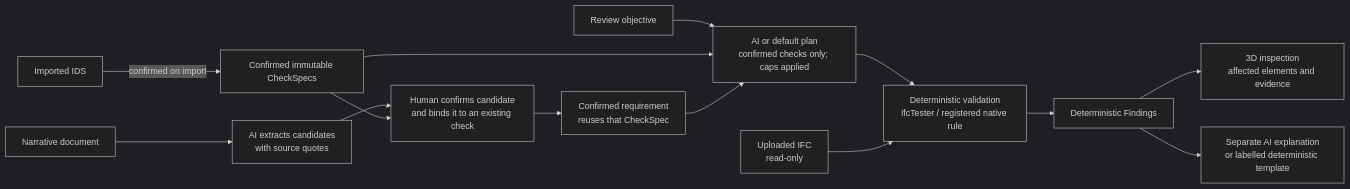
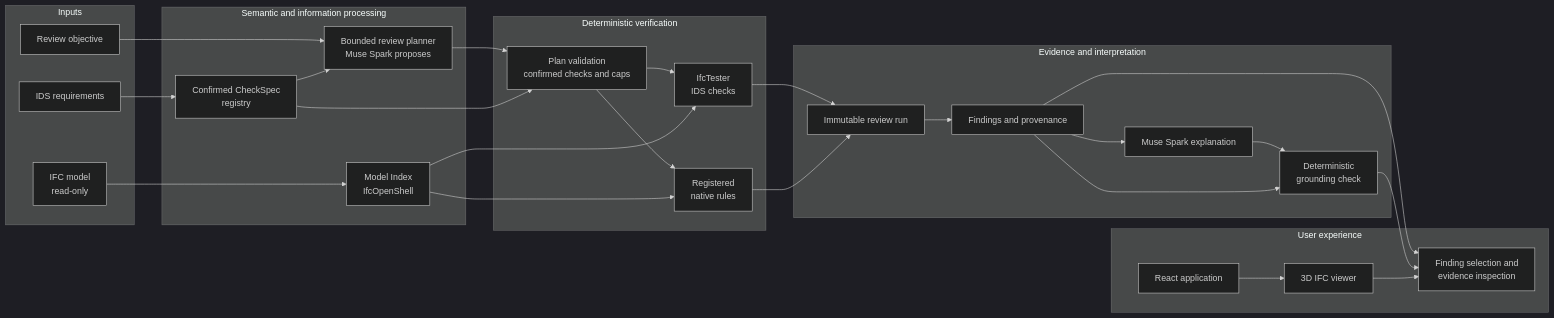
Before and after one commit to natnew/BIM-Intelligence: the diagram in README.md, drawn with Mermaid (dark theme). The commit also changed other lines of this file, not shown here.

````diff
--- a/README.md
+++ b/README.md
@@ -99,16 +102,54 @@
 ```mermaid
 flowchart LR
-    IDS["Imported IDS"] -->|confirmed on import| CHECKS["Confirmed immutable CheckSpecs"]
-    TEXT["Narrative document"] --> AI["AI extracts candidates<br/>with source quotes"]
-    AI --> HUMAN["Human confirms candidate<br/>and binds it to an existing check"]
-    CHECKS --> HUMAN
-    HUMAN --> BOUND["Confirmed requirement<br/>reuses that CheckSpec"]
-    OBJECTIVE["Review objective"] --> PLAN["AI or default plan<br/>confirmed checks only; caps applied"]
-    CHECKS --> PLAN
-    BOUND --> PLAN
-    PLAN --> VALIDATE["Deterministic validation<br/>IfcTester / registered native rule"]
-    IFC["Uploaded IFC<br/>read-only"] --> VALIDATE
-    VALIDATE --> FINDINGS["Deterministic Findings"]
-    FINDINGS --> VIEW["3D inspection<br/>affected elements and evidence"]
-    FINDINGS --> EXPLANATION["Separate AI explanation<br/>or labelled deterministic template"]
+    subgraph INPUTS["Inputs"]
+        IFC["IFC model<br/>read-only"]
+        IDS["IDS requirements"]
+        OBJ["Review objective"]
+    end
+
+    subgraph SEMANTIC["Semantic and information processing"]
+        IDX["Model Index<br/>IfcOpenShell"]
+        REG["Confirmed CheckSpec<br/>registry"]
+        PLAN["Bounded review planner<br/>Muse Spark proposes"]
+    end
+
+    subgraph VERIFY["Deterministic verification"]
+        FILTER["Plan validation<br/>confirmed checks and caps"]
+        TESTER["IfcTester<br/>IDS checks"]
+        NATIVE["Registered<br/>native rules"]
+    end
+
+    subgraph EVIDENCE["Evidence and interpretation"]
+        RUN["Immutable review run"]
+        FIND["Findings and provenance"]
+        EXPL["Muse Spark explanation"]
+        GROUND["Deterministic<br/>grounding check"]
+    end
+
+    subgraph UX["User experience"]
+        APP["React application"]
+        VIEW["3D IFC viewer"]
+        INSPECT["Finding selection and<br/>evidence inspection"]
+    end
+
+    IFC --> IDX
+    IDS --> REG
+    OBJ --> PLAN
+    REG --> PLAN
+    PLAN --> FILTER
+    REG --> FILTER
+    FILTER --> TESTER
+    FILTER --> NATIVE
+    IDX --> TESTER
+    IDX --> NATIVE
+    TESTER --> RUN
+    NATIVE --> RUN
+    RUN --> FIND
+    FIND --> EXPL
+    EXPL --> GROUND
+    FIND --> GROUND
+    FIND --> INSPECT
+    GROUND --> INSPECT
+    APP --> VIEW
+    VIEW --> INSPECT
 ```
````
